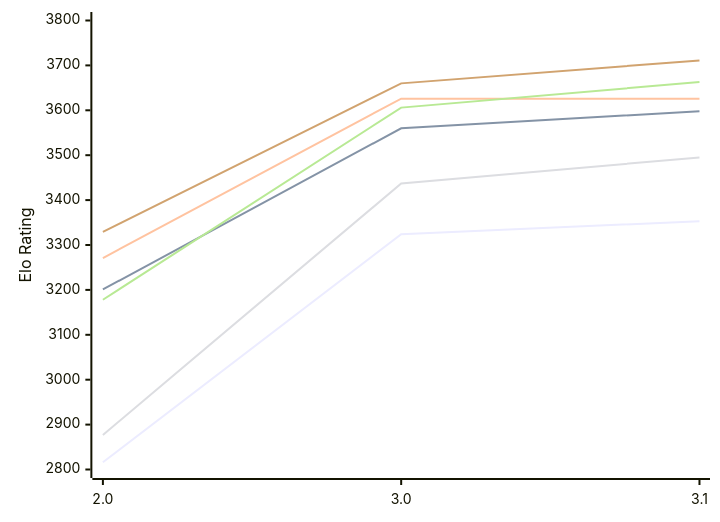
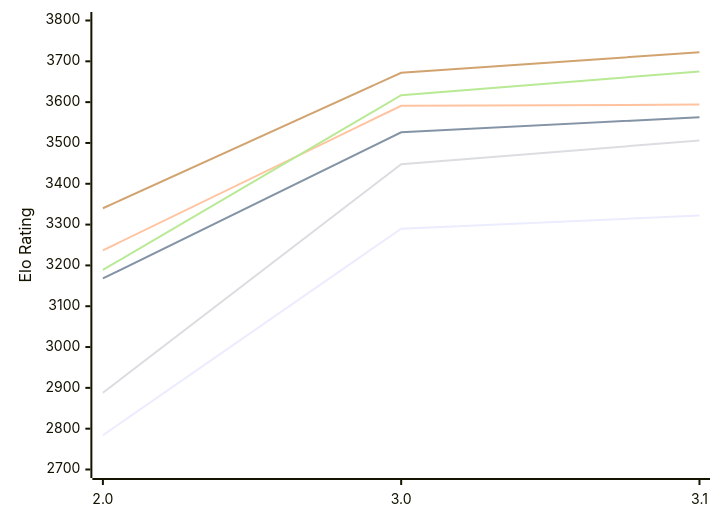
The diagram in engines/Funcomp.md (computer-chess-index/cci), drawn with Mermaid before and after one commit. The commit also changed other lines of this file, not shown here.

Commit message:
Update CCI Ratings (ELO VLTC) - 2026-11-12

````diff
--- a/engines/Funcomp.md
+++ b/engines/Funcomp.md
@@ -51,12 +51,12 @@
 ```mermaid
 %%{init: {"theme":"base","themeVariables":{"seriesColors:['#a3a3a3','#222221','#faa371']}}}%%
 xychart-beta
   x-axis ["2.0", "3.0", "3.1"]
-  y-axis "Elo Rating" 2800 --> 3800
-  line "E1: STC (8.0+0.08s)" [2816, 3324, 3353]
-  line "E1: LTC (60.0+0.60s)" [3201, 3560, 3598]
-  line "E1: VLTC (2m24s+1.12s)" [3271, 3626, 3626]
-  line "P1: STC (8.0+0.08s)" [2877, 3437, 3495]
-  line "P1: LTC (60.0+0.60s)" [3178, 3606, 3663]
-  line "P1: VLTC (2m24s+1.12s)" [3329, 3660, 3711]
+  y-axis "Elo Rating" 2700 --> 3800
+  line "E1: STC (8.0+0.08s)" [2784, 3290, 3322]
+  line "E1: LTC (60.0+0.60s)" [3168, 3526, 3563]
+  line "E1: VLTC (2m24s+1.12s)" [3237, 3591, 3594]
+  line "P1: STC (8.0+0.08s)" [2888, 3448, 3506]
+  line "P1: LTC (60.0+0.60s)" [3189, 3617, 3675]
+  line "P1: VLTC (2m24s+1.12s)" [3340, 3672, 3722]
 ```
````
